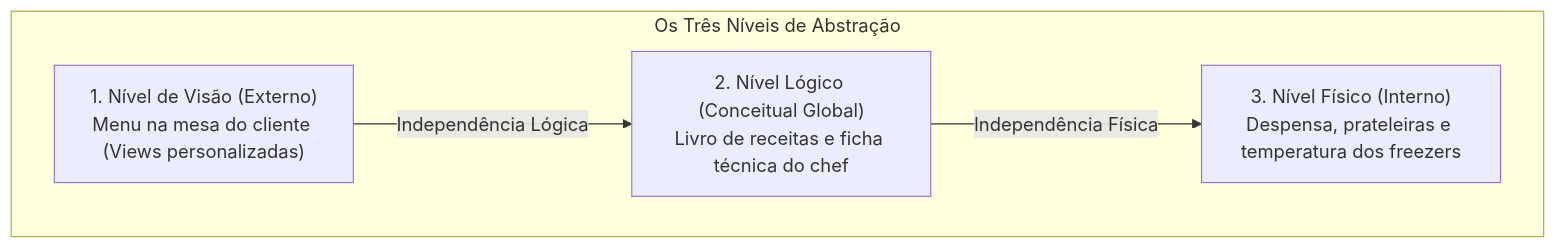
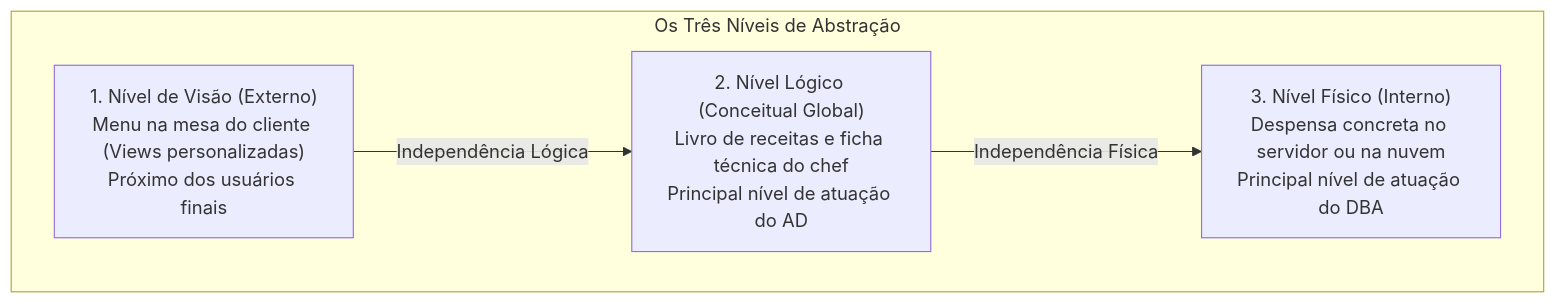
The first of 5 diagrams in 02. Modelagem de Dados/04. Níveis do sgbd e etapas do projeto de banco de dados.md (leorruas/puc), drawn with Mermaid before and after one commit. The commit also changed other lines of this file and 1 other file, not shown here.

````diff
--- a/02. Modelagem de Dados/04. Níveis do sgbd e etapas do projeto de banco de dados.md
+++ b/02. Modelagem de Dados/04. Níveis do sgbd e etapas do projeto de banco de dados.md
@@ -50,11 +50,11 @@
 ```mermaid
 flowchart TD
     subgraph SubgraphRestaurante["Os Três Níveis de Abstração"]
-        VisaoRest["1. Nível de Visão (Externo)<br>Menu na mesa do cliente (Views personalizadas)"]
-        ConcRest["2. Nível Lógico (Conceitual Global)<br>Livro de receitas e ficha técnica do chef"]
-        FisRest["3. Nível Físico (Interno)<br>Despensa, prateleiras e temperatura dos freezers"]
+        VisaoRest["1. Nível de Visão (Externo)<br>Menu na mesa do cliente (Views personalizadas)<br>Próximo dos usuários finais"]
+        ConcRest["2. Nível Lógico (Conceitual Global)<br>Livro de receitas e ficha técnica do chef<br>Principal nível de atuação do AD"]
+        FisRest["3. Nível Físico (Interno)<br>Despensa concreta no servidor ou na nuvem<br>Principal nível de atuação do DBA"]
     end
 
     VisaoRest -->|"Independência Lógica"| ConcRest
     ConcRest -->|"Independência Física"| FisRest
 ```
````
